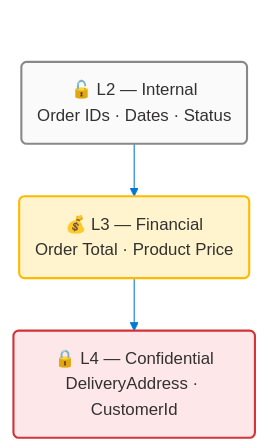
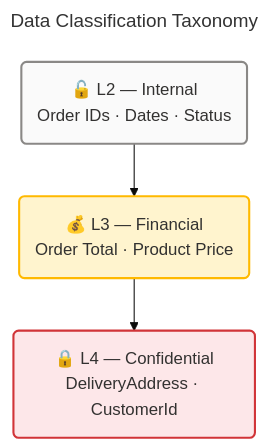
The third of 7 diagrams in docs/architecture/data-architecture.md (Evilazaro/Azure-LogicApps-Monitoring), drawn with Mermaid before and after one commit. The commit also changed other lines of this file, not shown here.

Commit message:
style: Refactor theme variables and update class definitions in diagrams for consistency

````diff
--- a/docs/architecture/data-architecture.md
+++ b/docs/architecture/data-architecture.md
@@ -319,43 +309,39 @@
 ```mermaid
 ---
 title: Data Classification Taxonomy
 config:
   theme: base
   look: classic
   layout: dagre
   themeVariables:
     fontSize: '16px'
-    primaryColor: '#0078D4'
-    primaryBorderColor: '#106EBE'
-    primaryTextColor: '#FFFFFF'
-    lineColor: '#0078D4'
   flowchart:
     htmlLabels: true
     curve: cardinal
 ---
 flowchart TB
     accTitle: Data Classification Taxonomy
     accDescr: Shows the four-level data classification taxonomy applied in the eShop Orders domain from Internal to Confidential
 
     %% ═══════════════════════════════════════════════════════════════════════════
     %% AZURE / FLUENT ARCHITECTURE PATTERN v1.1
     %% (Semantic + Structural + Font + Accessibility Governance)
     %% ═══════════════════════════════════════════════════════════════════════════
     %% PHASE 1 - FLUENT UI: All styling uses approved Fluent UI palette only
     %% PHASE 2 - GROUPS: Every subgraph has semantic color via style directive
     %% PHASE 3 - COMPONENTS: Every node has semantic classDef + icon prefix
     %% PHASE 4 - ACCESSIBILITY: accTitle/accDescr present, WCAG AA contrast
     %% PHASE 5 - STANDARD: Governance block present, classDefs centralized
     %% ═══════════════════════════════════════════════════════════════════════════
 
     L2("🔓 L2 — Internal<br>Order IDs · Dates · Status"):::neutral
     L3("💰 L3 — Financial<br>Order Total · Product Price"):::warning
     L4("🔒 L4 — Confidential<br>DeliveryAddress · CustomerId"):::danger
 
     L2 --> L3
     L3 --> L4
 
     classDef neutral fill:#FAFAFA,stroke:#8A8886,stroke-width:2px,color:#323130
     classDef warning fill:#FFF4CE,stroke:#FFB900,stroke-width:2px,color:#323130
     classDef danger fill:#FDE7E9,stroke:#D13438,stroke-width:2px,color:#323130
 ```
````
